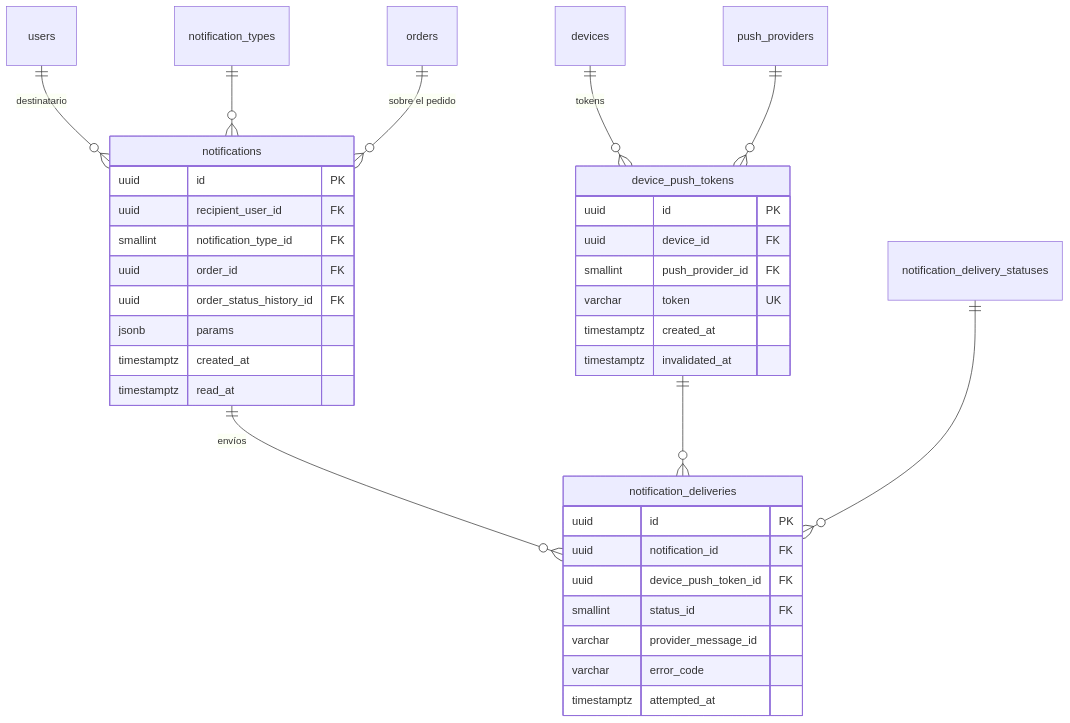
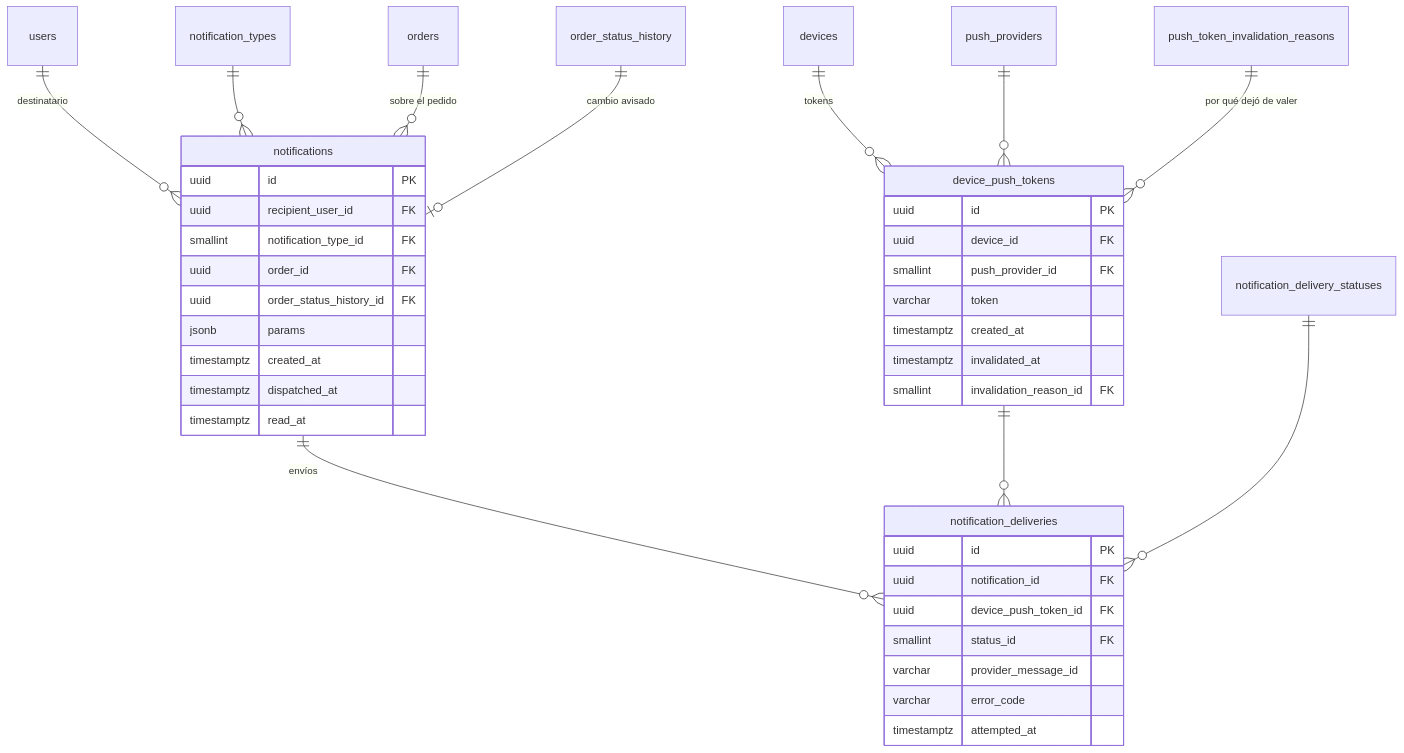
The diagram in Docs/14-base-de-datos/E06-notificaciones.md (Yadirtf/RapiChonta), drawn with Mermaid before and after one commit. The commit also changed other lines of this file and 2 other files, not shown here.

First line of the commit message:
docs(e06): push en el APK de CI y guía de Firebase y AppGallery

````diff
--- a/Docs/14-base-de-datos/E06-notificaciones.md
+++ b/Docs/14-base-de-datos/E06-notificaciones.md
@@ -9,39 +9,43 @@
 ```mermaid
 erDiagram
   devices ||--o{ device_push_tokens : "tokens"
   push_providers ||--o{ device_push_tokens : ""
+  push_token_invalidation_reasons ||--o{ device_push_tokens : "por qué dejó de valer"
   users ||--o{ notifications : "destinatario"
   notification_types ||--o{ notifications : ""
   orders ||--o{ notifications : "sobre el pedido"
+  order_status_history ||--o| notifications : "cambio avisado"
   notifications ||--o{ notification_deliveries : "envíos"
   device_push_tokens ||--o{ notification_deliveries : ""
   notification_delivery_statuses ||--o{ notification_deliveries : ""
 
   device_push_tokens {
     uuid id PK
     uuid device_id FK
     smallint push_provider_id FK
-    varchar token UK
+    varchar token
     timestamptz created_at
     timestamptz invalidated_at
+    smallint invalidation_reason_id FK
   }
   notifications {
     uuid id PK
     uuid recipient_user_id FK
     smallint notification_type_id FK
     uuid order_id FK
     uuid order_status_history_id FK
     jsonb params
     timestamptz created_at
+    timestamptz dispatched_at
     timestamptz read_at
   }
   notification_deliveries {
     uuid id PK
     uuid notification_id FK
     uuid device_push_token_id FK
     smallint status_id FK
     varchar provider_message_id
     varchar error_code
     timestamptz attempted_at
   }
 ```
````
